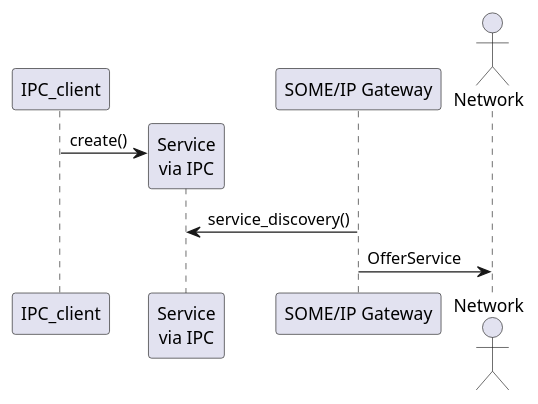
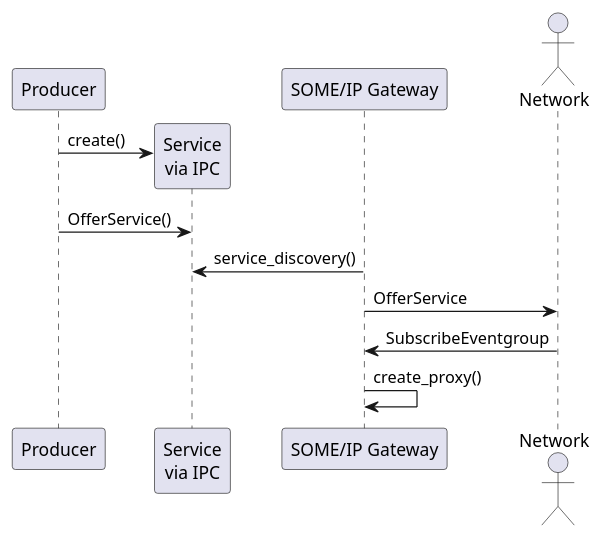
The first of 6 diagrams in docs/features/communication/some_ip_gateway/service_discovery/index.rst (ZoranCutura/score), drawn with PlantUML before and after one commit. The commit also changed other lines of this file, not shown here.

```diff
--- a/docs/features/communication/some_ip_gateway/service_discovery/index.rst
+++ b/docs/features/communication/some_ip_gateway/service_discovery/index.rst
@@ -57,13 +54,16 @@
 .. uml::
    :alt: Gateway offers a service to the network
 
    @startuml
-   participant "IPC_client" as IPC_client
+   participant "Producer" as IPC_client
    participant "Service\nvia IPC" as Service
    participant "SOME/IP Gateway" as Someipgateway
    actor "Network" as Network
 
    IPC_client -> Service ** : create()
+   IPC_client -> Service : OfferService()
    Someipgateway -> Service: service_discovery()
    Someipgateway -> Network: OfferService
+   Network -> Someipgateway: SubscribeEventgroup
+   Someipgateway -> Someipgateway: create_proxy()
    @enduml
```
